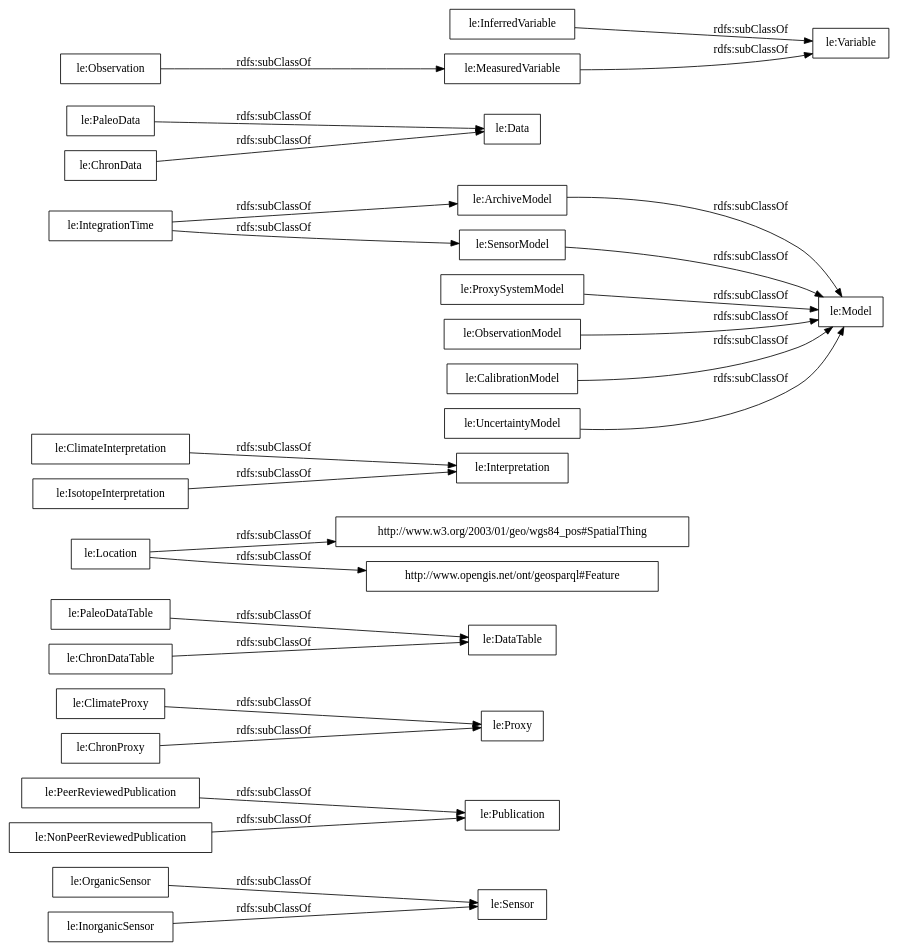
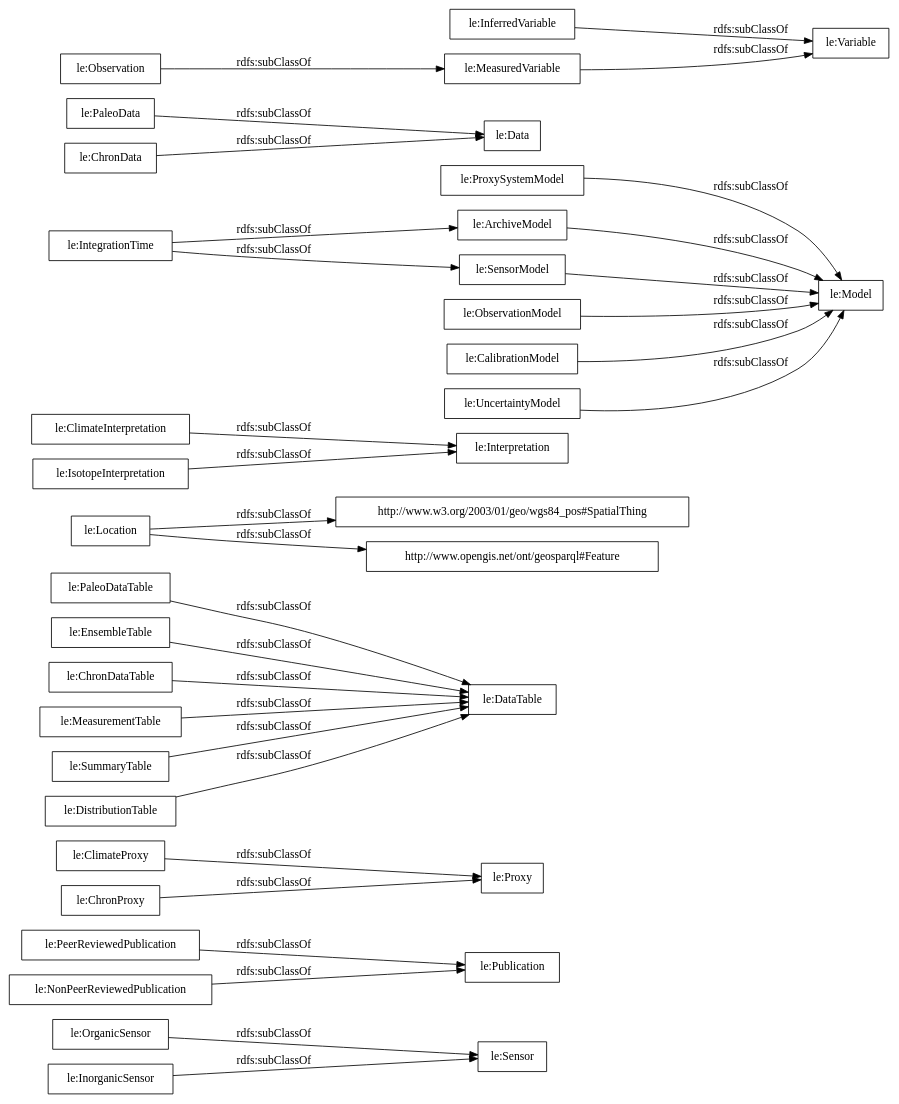
Before and after one commit to dgarijo/Ontology: the diagram in OnToology/ontology1.0.0.owl/diagrams/ar2dtool-taxonomy/ontology1.0.0.owl.png.dot, drawn with Graphviz. The commit also changed 196 other files, not shown here.

```diff
--- a/OnToology/ontology1.0.0.owl/diagrams/ar2dtool-taxonomy/ontology1.0.0.owl.png.dot
+++ b/OnToology/ontology1.0.0.owl/diagrams/ar2dtool-taxonomy/ontology1.0.0.owl.png.dot
@@ -1,31 +1,35 @@
 digraph ar2dtool_diagram { 
 rankdir=LR;
 size="1000"
-node [shape = rectangle, color="black"]; "le:OrganicSensor" "le:Publication" "le:ClimateProxy" "le:PaleoDataTable" "le:Location" "le:ClimateInterpretation" "le:IntegrationTime" "le:ProxySystemModel" "le:InorganicSensor" "le:PaleoData" "le:DataTable" "le:ChronDataTable" "le:IsotopeInterpretation" "le:PeerReviewedPublication" "le:ChronData" "le:MeasuredVariable" "le:ArchiveModel" "http://www.w3.org/2003/01/geo/wgs84_pos#SpatialThing" "le:Interpretation" "le:SensorModel" "le:Data" "le:ChronProxy" "le:Proxy" "le:Variable" "le:Model" "le:ObservationModel" "le:CalibrationModel" "http://www.opengis.net/ont/geosparql#Feature" "le:Sensor" "le:InferredVariable" "le:NonPeerReviewedPublication" "le:UncertaintyModel" "le:Observation" ; /*classes style*/
+node [shape = rectangle, color="black"]; "le:OrganicSensor" "le:Publication" "le:ClimateProxy" "le:PaleoDataTable" "le:EnsembleTable" "le:Location" "le:ClimateInterpretation" "le:ProxySystemModel" "le:IntegrationTime" "le:InorganicSensor" "le:PaleoData" "le:DataTable" "le:ChronDataTable" "le:IsotopeInterpretation" "le:PeerReviewedPublication" "le:ChronData" "le:MeasuredVariable" "le:ArchiveModel" "http://www.w3.org/2003/01/geo/wgs84_pos#SpatialThing" "le:Interpretation" "le:MeasurementTable" "le:SensorModel" "le:SummaryTable" "le:Data" "le:ChronProxy" "le:Proxy" "le:DistributionTable" "le:Variable" "le:Model" "le:ObservationModel" "le:CalibrationModel" "http://www.opengis.net/ont/geosparql#Feature" "le:Sensor" "le:InferredVariable" "le:NonPeerReviewedPublication" "le:UncertaintyModel" "le:Observation" ; /*classes style*/
 	"le:InferredVariable" -> "le:Variable" [ label = "rdfs:subClassOf" ];
 	"le:CalibrationModel" -> "le:Model" [ label = "rdfs:subClassOf" ];
 	"le:SensorModel" -> "le:Model" [ label = "rdfs:subClassOf" ];
 	"le:NonPeerReviewedPublication" -> "le:Publication" [ label = "rdfs:subClassOf" ];
 	"le:ProxySystemModel" -> "le:Model" [ label = "rdfs:subClassOf" ];
 	"le:IsotopeInterpretation" -> "le:Interpretation" [ label = "rdfs:subClassOf" ];
 	"le:Location" -> "http://www.w3.org/2003/01/geo/wgs84_pos#SpatialThing" [ label = "rdfs:subClassOf" ];
 	"le:Location" -> "http://www.opengis.net/ont/geosparql#Feature" [ label = "rdfs:subClassOf" ];
 	"le:ArchiveModel" -> "le:Model" [ label = "rdfs:subClassOf" ];
 	"le:PeerReviewedPublication" -> "le:Publication" [ label = "rdfs:subClassOf" ];
 	"le:Observation" -> "le:MeasuredVariable" [ label = "rdfs:subClassOf" ];
 	"le:MeasuredVariable" -> "le:Variable" [ label = "rdfs:subClassOf" ];
+	"le:EnsembleTable" -> "le:DataTable" [ label = "rdfs:subClassOf" ];
 	"le:PaleoDataTable" -> "le:DataTable" [ label = "rdfs:subClassOf" ];
 	"le:ChronData" -> "le:Data" [ label = "rdfs:subClassOf" ];
+	"le:MeasurementTable" -> "le:DataTable" [ label = "rdfs:subClassOf" ];
 	"le:ClimateProxy" -> "le:Proxy" [ label = "rdfs:subClassOf" ];
 	"le:ObservationModel" -> "le:Model" [ label = "rdfs:subClassOf" ];
 	"le:OrganicSensor" -> "le:Sensor" [ label = "rdfs:subClassOf" ];
+	"le:ChronProxy" -> "le:Proxy" [ label = "rdfs:subClassOf" ];
 	"le:UncertaintyModel" -> "le:Model" [ label = "rdfs:subClassOf" ];
-	"le:ChronProxy" -> "le:Proxy" [ label = "rdfs:subClassOf" ];
 	"le:InorganicSensor" -> "le:Sensor" [ label = "rdfs:subClassOf" ];
+	"le:DistributionTable" -> "le:DataTable" [ label = "rdfs:subClassOf" ];
 	"le:IntegrationTime" -> "le:SensorModel" [ label = "rdfs:subClassOf" ];
 	"le:IntegrationTime" -> "le:ArchiveModel" [ label = "rdfs:subClassOf" ];
+	"le:SummaryTable" -> "le:DataTable" [ label = "rdfs:subClassOf" ];
 	"le:ChronDataTable" -> "le:DataTable" [ label = "rdfs:subClassOf" ];
 	"le:ClimateInterpretation" -> "le:Interpretation" [ label = "rdfs:subClassOf" ];
 	"le:PaleoData" -> "le:Data" [ label = "rdfs:subClassOf" ];
 
 }
```
